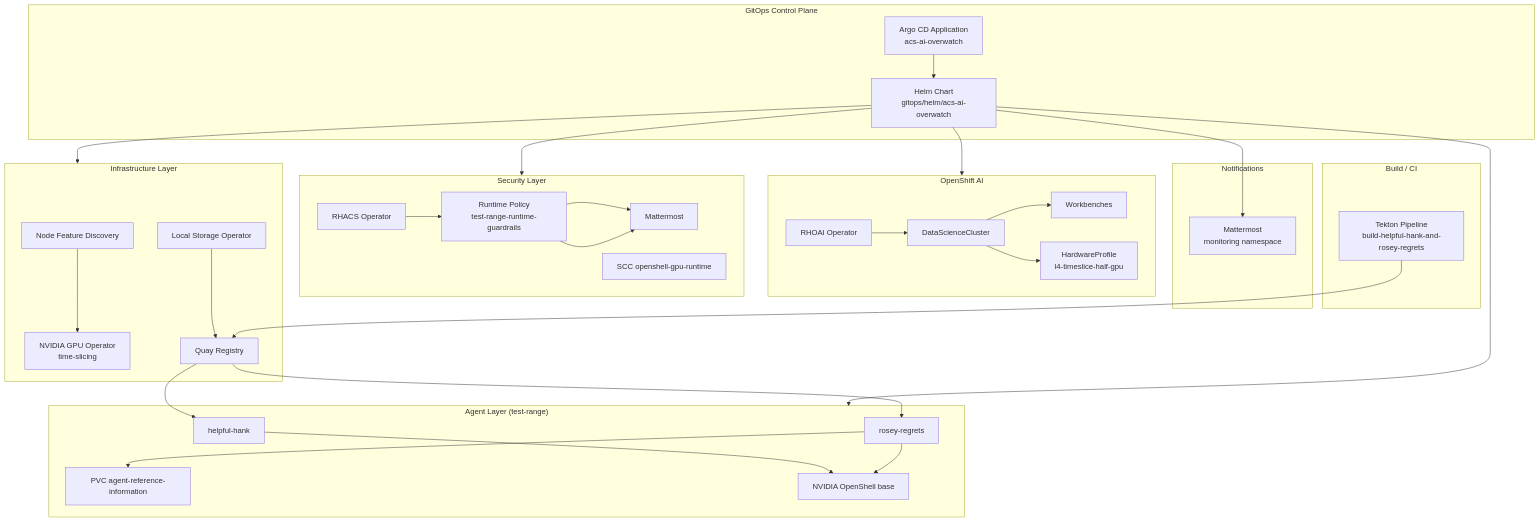
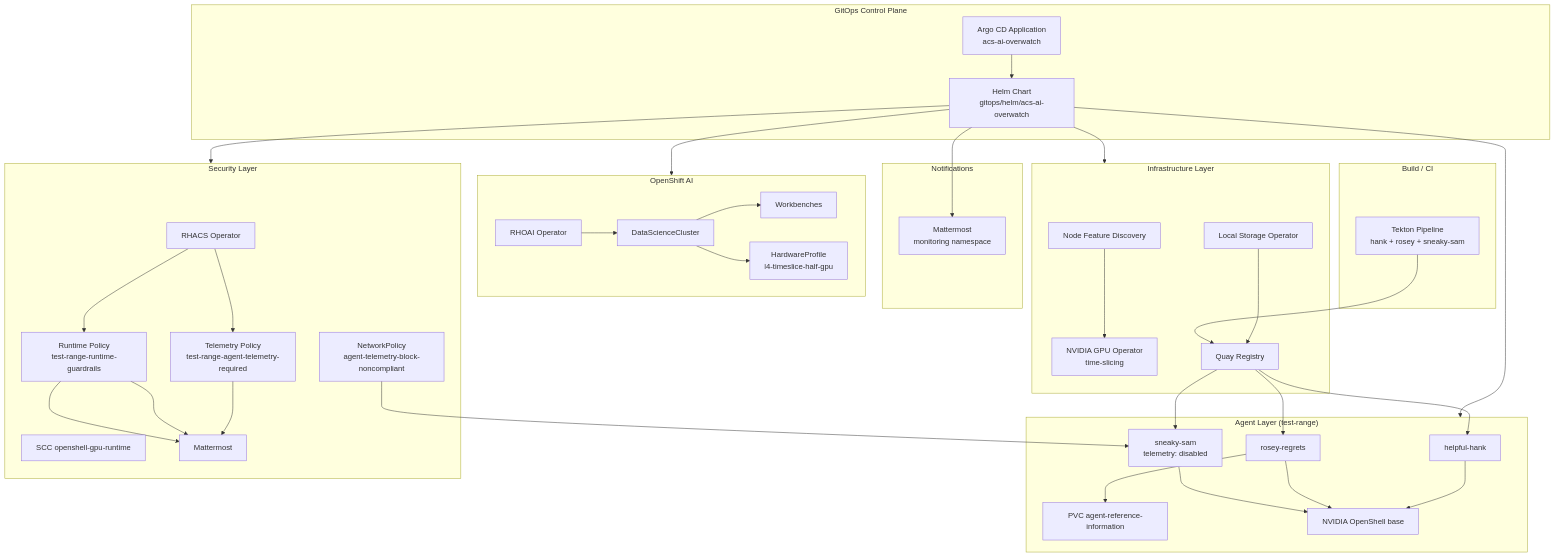
The diagram in README.md (RedCupofJoe/acs-ai-overwatch), drawn with Mermaid before and after one commit. The commit also changed other lines of this file, not shown here.

First line of the commit message:
Align README with Phase 5, Sneaky Sam, and telemetry guardrail docs.

````diff
--- a/README.md
+++ b/README.md
@@ -139,63 +143,71 @@
 ```mermaid
 flowchart TB
   subgraph GitOps["GitOps Control Plane"]
     ArgoCD["Argo CD Application<br/>acs-ai-overwatch"]
     Helm["Helm Chart<br/>gitops/helm/acs-ai-overwatch"]
     ArgoCD --> Helm
   end
 
   subgraph Infra["Infrastructure Layer"]
     NFD["Node Feature Discovery"]
     GPUOp["NVIDIA GPU Operator<br/>time-slicing"]
     LSO["Local Storage Operator"]
     Quay["Quay Registry"]
     NFD --> GPUOp
     LSO --> Quay
   end
 
   subgraph AI["OpenShift AI"]
     RHOAI["RHOAI Operator"]
     DSC["DataScienceCluster"]
     WB["Workbenches"]
     HP["HardwareProfile<br/>l4-timeslice-half-gpu"]
     RHOAI --> DSC
     DSC --> WB
     DSC --> HP
   end
 
   subgraph Agents["Agent Layer (test-range)"]
     Hank["helpful-hank"]
     Rosey["rosey-regrets"]
+    Sam["sneaky-sam<br/>telemetry: disabled"]
     PVC["PVC agent-reference-information"]
     OpenShell["NVIDIA OpenShell base"]
     Hank --> OpenShell
     Rosey --> OpenShell
+    Sam --> OpenShell
     Rosey --> PVC
   end
 
   subgraph Security["Security Layer"]
     ACSOp["RHACS Operator"]
     Policy["Runtime Policy<br/>test-range-runtime-guardrails"]
+    TelPol["Telemetry Policy<br/>test-range-agent-telemetry-required"]
+    NetPol["NetworkPolicy<br/>agent-telemetry-block-noncompliant"]
     SCC["SCC openshell-gpu-runtime"]
     ACSOp --> Policy
+    ACSOp --> TelPol
+    TelPol --> Mattermost
     Policy --> Mattermost
+    NetPol --> Sam
   end
 
   subgraph Notify["Notifications"]
     MM["Mattermost<br/>monitoring namespace"]
   end
 
   subgraph CI["Build / CI"]
-    Tekton["Tekton Pipeline<br/>build-helpful-hank-and-rosey-regrets"]
+    Tekton["Tekton Pipeline<br/>hank + rosey + sneaky-sam"]
     Tekton --> Quay
     Quay --> Hank
     Quay --> Rosey
+    Quay --> Sam
   end
 
   Helm --> Infra
   Helm --> AI
   Helm --> Agents
   Helm --> Security
   Helm --> MM
   Policy --> Mattermost
 ```
````
